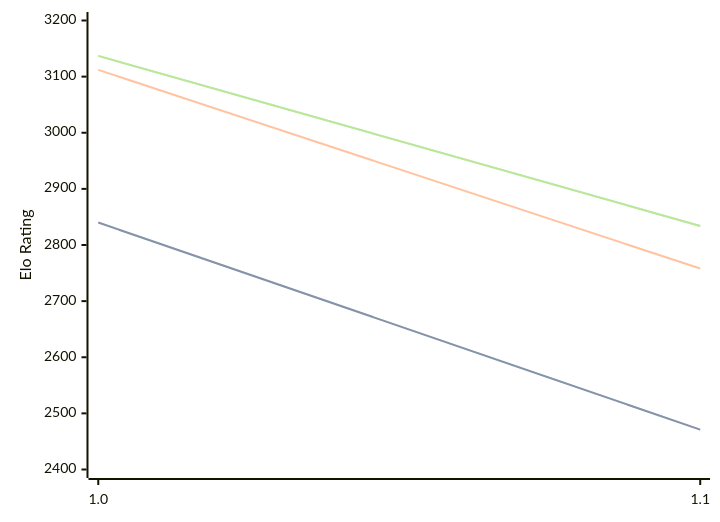
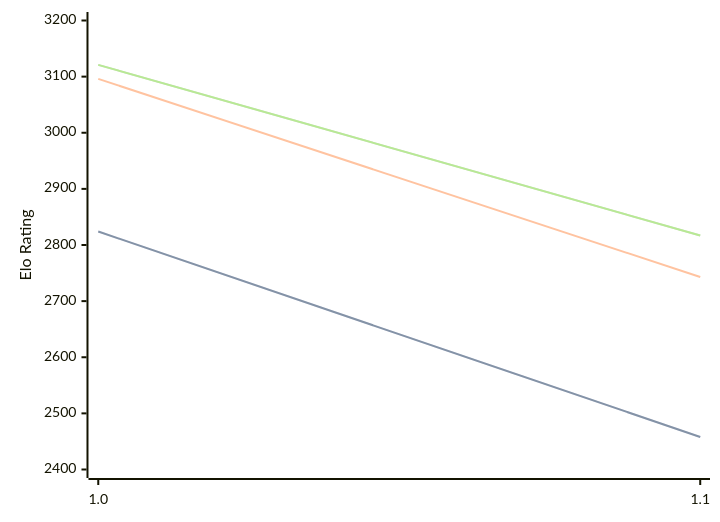
Before and after one commit to computer-chess-index/cci: the diagram in engines/Publius.md, drawn with Mermaid. The commit also changed other lines of this file, not shown here.

Commit message:
Update CCI Ratings (ELO VLTC) - 2026-05-20

````diff
--- a/engines/Publius.md
+++ b/engines/Publius.md
@@ -32,11 +32,11 @@
 ```mermaid
 %%{init: {"theme":"base","themeVariables":{"seriesColors:['#a3a3a3','#222221','#faa371']}}}%%
 xychart-beta
   x-axis ["1.0", "1.1"]
   y-axis "Elo Rating" 2400 --> 3200
-  line "STC (8.0+0.08s)" [2840, 2471]
-  line "STC (8.0+0.08s)" [2840, 2471]
-  line "LTC (60.0+0.60s)" [3112, 2758]
-  line "VLTC (2m24s+1.12s)" [3137, 2834]
-  line "VLTC (2m24s+1.12s)" [3137, 2834]
+  line "STC (8.0+0.08s)" [2824, 2458]
+  line "STC (8.0+0.08s)" [2824, 2458]
+  line "LTC (60.0+0.60s)" [3096, 2743]
+  line "VLTC (2m24s+1.12s)" [3121, 2817]
+  line "VLTC (2m24s+1.12s)" [3121, 2817]
 ```
````
